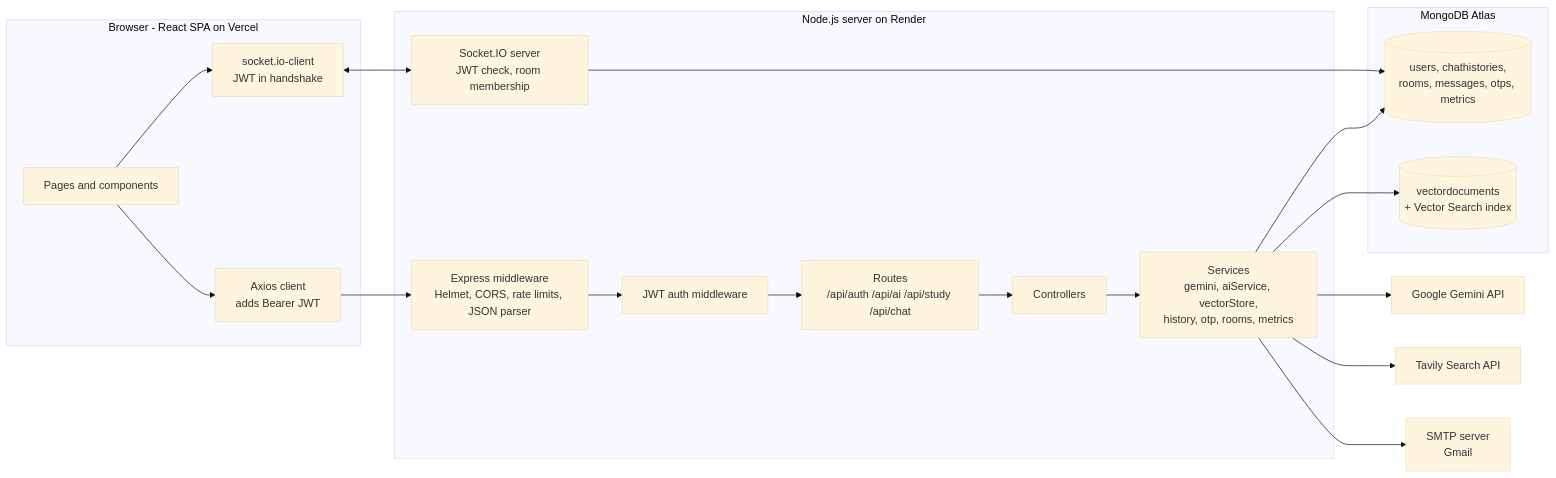
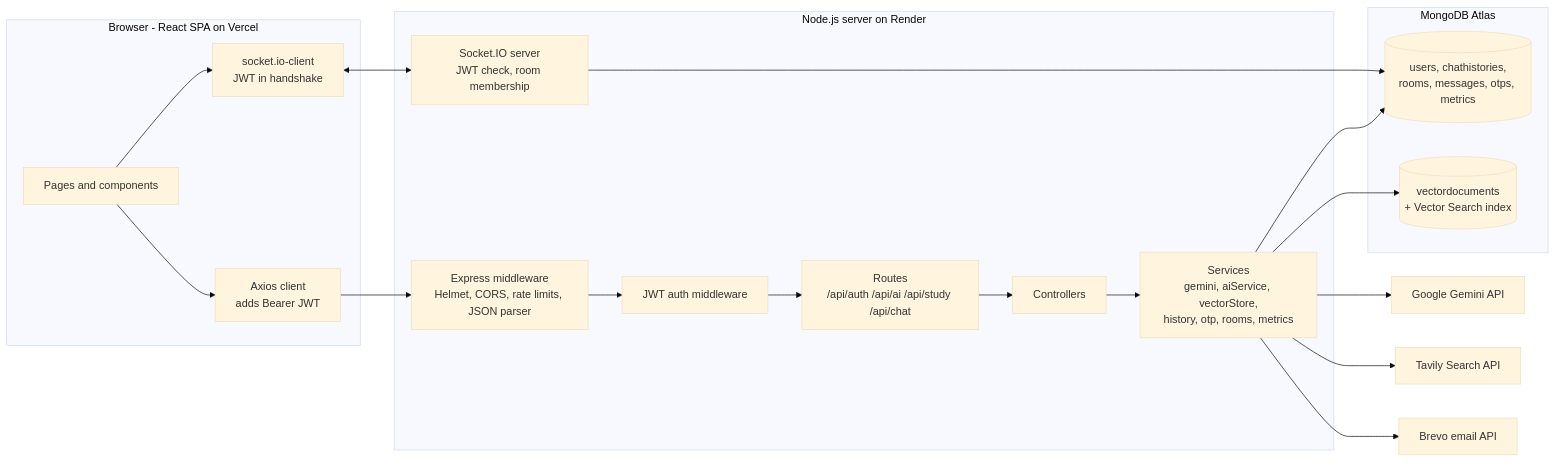
One commit to swatishah946/NowledgeHub changed the first of 4 diagrams in README.md. Above: the diagram before and after it, drawn with Mermaid (base theme). The commit also changed other lines of this file, not shown here.

First line of the commit message:
Revise email service details and backend instructions

````diff
--- a/README.md
+++ b/README.md
@@ -79,35 +80,35 @@
 ```mermaid
 flowchart LR
     subgraph Client["Browser - React SPA on Vercel"]
         UI["Pages and components"]
         AX["Axios client<br/>adds Bearer JWT"]
         SC["socket.io-client<br/>JWT in handshake"]
     end
 
     subgraph Server["Node.js server on Render"]
         MW["Express middleware<br/>Helmet, CORS, rate limits, JSON parser"]
         AUTH["JWT auth middleware"]
         R["Routes<br/>/api/auth /api/ai /api/study /api/chat"]
         C["Controllers"]
         S["Services<br/>gemini, aiService, vectorStore,<br/>history, otp, rooms, metrics"]
         IO["Socket.IO server<br/>JWT check, room membership"]
     end
 
     subgraph Data["MongoDB Atlas"]
         DB[("users, chathistories,<br/>rooms, messages, otps, metrics")]
         VS[("vectordocuments<br/>+ Vector Search index")]
     end
 
     GEM["Google Gemini API"]
     TAV["Tavily Search API"]
-    SMTP["SMTP server<br/>Gmail"]
+    MAIL["Brevo email API"]
 
     UI --> AX --> MW --> AUTH --> R --> C --> S
     UI --> SC <--> IO
     S --> DB
     S --> VS
     IO --> DB
     S --> GEM
     S --> TAV
-    S --> SMTP
+    S --> MAIL
 ```
````
